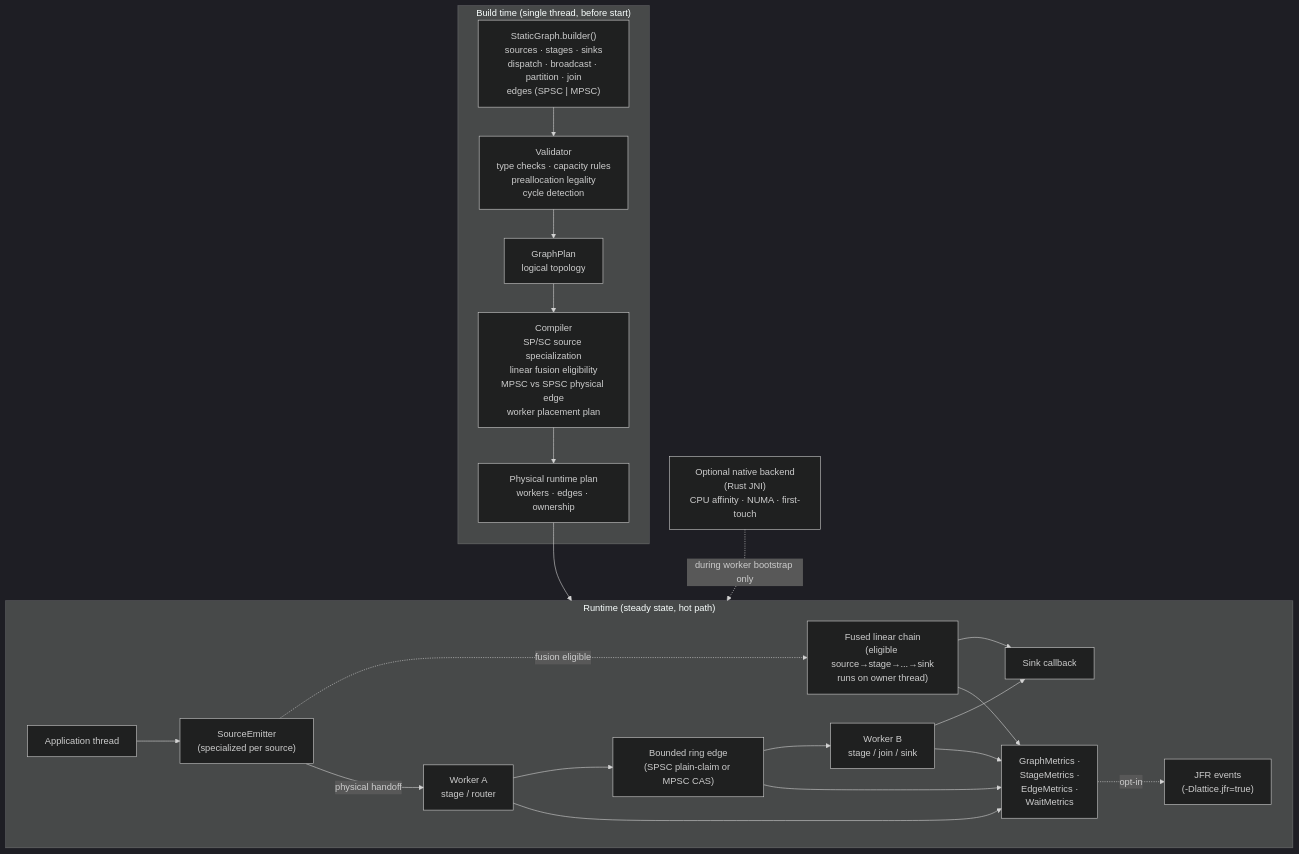
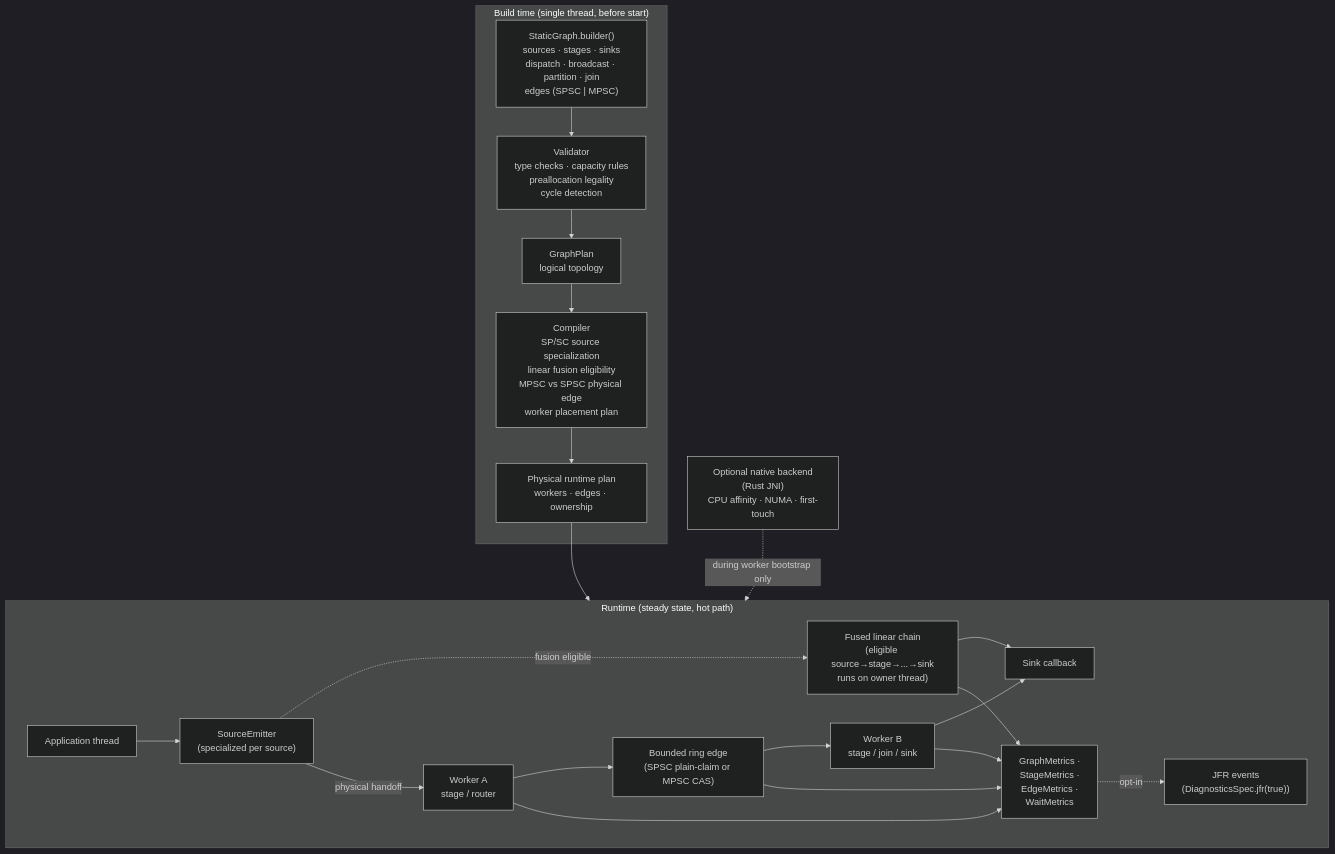
Before and after one commit to ElevatedDev/Lattice: the diagram in docs/architecture.md, drawn with Mermaid (dark theme). The commit also changed other lines of this file and 167 other files, not shown here.

````diff
--- a/docs/architecture.md
+++ b/docs/architecture.md
@@ -23,34 +23,34 @@
 ```mermaid
 flowchart TB
     subgraph Build["Build time (single thread, before start)"]
         DSL["StaticGraph.builder()<br/>sources · stages · sinks<br/>dispatch · broadcast · partition · join<br/>edges (SPSC | MPSC)"]
         Validate["Validator<br/>type checks · capacity rules<br/>preallocation legality<br/>cycle detection"]
         Plan["GraphPlan<br/>logical topology"]
         Compile["Compiler<br/>SP/SC source specialization<br/>linear fusion eligibility<br/>MPSC vs SPSC physical edge<br/>worker placement plan"]
         Physical["Physical runtime plan<br/>workers · edges · ownership"]
         DSL --> Validate --> Plan --> Compile --> Physical
     end
 
     subgraph Run["Runtime (steady state, hot path)"]
         Producer["Application thread"]
         Emitter["SourceEmitter<br/>(specialized per source)"]
         FusedChain["Fused linear chain<br/>(eligible source→stage→...→sink<br/>runs on owner thread)"]
         Worker1["Worker A<br/>stage / router"]
         Edge1["Bounded ring edge<br/>(SPSC plain-claim or MPSC CAS)"]
         Worker2["Worker B<br/>stage / join / sink"]
         Sink["Sink callback"]
         Metrics["GraphMetrics ·<br/>StageMetrics ·<br/>EdgeMetrics ·<br/>WaitMetrics"]
-        JFR["JFR events<br/>(-Dlattice.jfr=true)"]
+        JFR["JFR events<br/>(DiagnosticsSpec.jfr(true))"]
         Producer --> Emitter
         Emitter -. "fusion eligible" .-> FusedChain --> Sink
         Emitter -- "physical handoff" --> Worker1 --> Edge1 --> Worker2 --> Sink
         Worker1 --> Metrics
         Edge1 --> Metrics
         Worker2 --> Metrics
         FusedChain --> Metrics
         Metrics -. opt-in .-> JFR
     end
 
     Physical --> Run
     Native["Optional native backend<br/>(Rust JNI)<br/>CPU affinity · NUMA · first-touch"] -. "during worker bootstrap only" .-> Run
 ```
````
